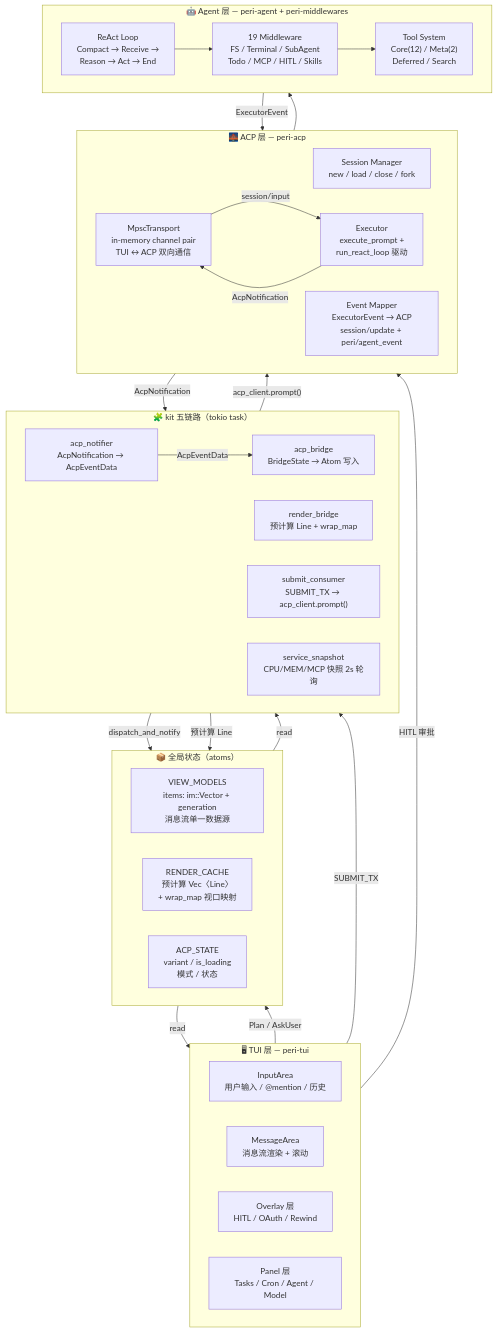
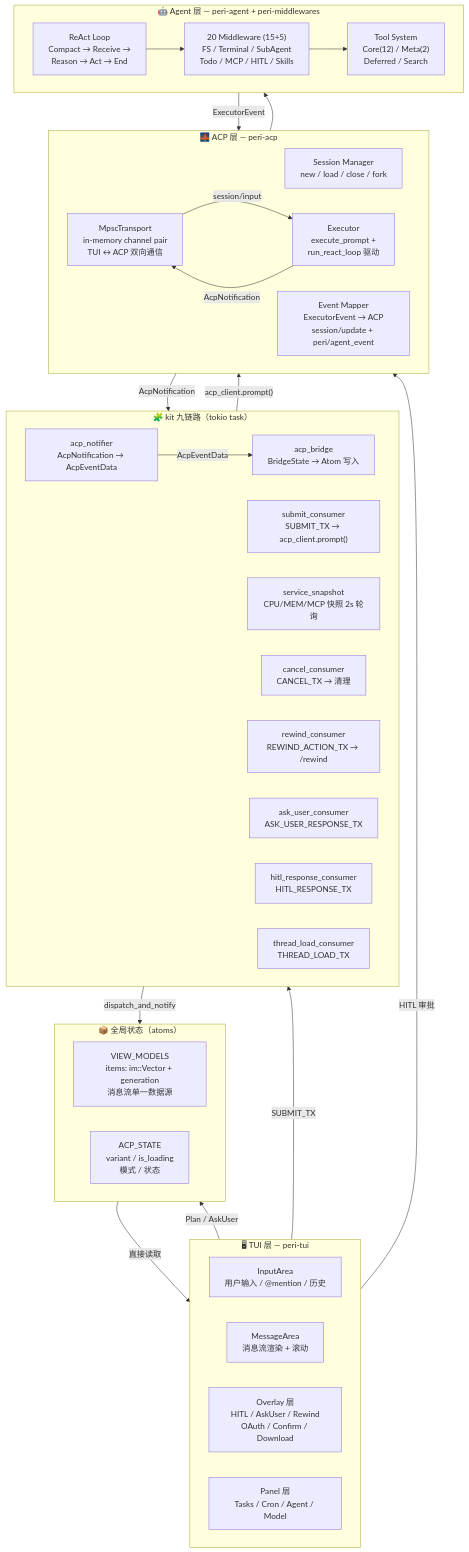
Before and after one commit to KonghaYao/peri: the first of 9 diagrams in docs/design/tui-acp-data-flow.md, drawn with Mermaid. The commit also changed other lines of this file and 22 other files, not shown here.

````diff
--- a/docs/design/tui-acp-data-flow.md
+++ b/docs/design/tui-acp-data-flow.md
@@ -9,67 +9,68 @@
 ```mermaid
 graph TB
     subgraph TUI["🖥 TUI 层 — peri-tui"]
         direction LR
         INPUT["InputArea<br/>用户输入 / @mention / 历史"]
         MSG["MessageArea<br/>消息流渲染 + 滚动"]
-        POPUP["Overlay 层<br/>HITL / OAuth / Rewind"]
+        POPUP["Overlay 层<br/>HITL / AskUser / Rewind<br/>OAuth / Confirm / Download"]
         PANEL["Panel 层<br/>Tasks / Cron / Agent / Model"]
     end
 
-    subgraph KIT["🧩 kit 五链路（tokio task）"]
+    subgraph KIT["🧩 kit 九链路（tokio task）"]
         direction LR
         NOTIFIER["acp_notifier<br/>AcpNotification → AcpEventData"]
         BRIDGE["acp_bridge<br/>BridgeState → Atom 写入"]
-        RENDER["render_bridge<br/>预计算 Line + wrap_map"]
         SUBMIT["submit_consumer<br/>SUBMIT_TX → acp_client.prompt()"]
         SNAPSHOT["service_snapshot<br/>CPU/MEM/MCP 快照 2s 轮询"]
+        CANCEL["cancel_consumer<br/>CANCEL_TX → 清理"]
+        REWIND["rewind_consumer<br/>REWIND_ACTION_TX → /rewind"]
+        ASK_USER_C["ask_user_consumer<br/>ASK_USER_RESPONSE_TX"]
+        HITL_C["hitl_response_consumer<br/>HITL_RESPONSE_TX"]
+        THREAD_LOAD["thread_load_consumer<br/>THREAD_LOAD_TX"]
     end
 
     subgraph ATOM["📦 全局状态（atoms）"]
         direction LR
         VM["VIEW_MODELS<br/>items: im::Vector + generation<br/>消息流单一数据源"]
-        RC["RENDER_CACHE<br/>预计算 Vec〈Line〉<br/>+ wrap_map 视口映射"]
         AC["ACP_STATE<br/>variant / is_loading<br/>模式 / 状态"]
     end
 
     subgraph ACP["🌉 ACP 层 — peri-acp"]
         direction LR
         SESSION["Session Manager<br/>new / load / close / fork"]
         EXEC["Executor<br/>execute_prompt +<br/>run_react_loop 驱动"]
         EVMAP["Event Mapper<br/>ExecutorEvent → ACP<br/>session/update + peri/agent_event"]
         TRANSPORT["MpscTransport<br/>in-memory channel pair<br/>TUI ↔ ACP 双向通信"]
     end
 
     subgraph AGENT["🤖 Agent 层 — peri-agent + peri-middlewares"]
         direction LR
         REACT["ReAct Loop<br/>Compact → Receive →<br/>Reason → Act → End"]
-        MW["19 Middleware<br/>FS / Terminal / SubAgent<br/>Todo / MCP / HITL / Skills"]
+        MW["20 Middleware (15+5)<br/>FS / Terminal / SubAgent<br/>Todo / MCP / HITL / Skills"]
         TOOLS["Tool System<br/>Core(12) / Meta(2)<br/>Deferred / Search"]
     end
 
     %% TUI → ACP (用户输入)
     INPUT -->|"SUBMIT_TX"| SUBMIT
     SUBMIT -->|"acp_client.prompt()"| TRANSPORT
     TRANSPORT -->|"session/input"| EXEC
 
     %% Agent 执行
     EXEC --> REACT
     REACT --> MW
     MW --> TOOLS
 
     %% Agent → ACP (事件产出)
     REACT -->|"ExecutorEvent"| EVMAP
     EXEC -->|"AcpNotification"| TRANSPORT
 
     %% ACP → TUI (事件消费)
     TRANSPORT -->|"AcpNotification"| NOTIFIER
     NOTIFIER -->|"AcpEventData"| BRIDGE
     BRIDGE -->|"dispatch_and_notify"| VM
-    VM -->|"read"| RENDER
-    RENDER -->|"预计算 Line"| RC
-    RC -->|"read"| MSG
+    VM -->|"直接读取"| MSG
 
     %% 交互路由
     POPUP -->|"HITL 审批"| TRANSPORT
     PANEL -->|"Plan / AskUser"| VM
 ```
````
